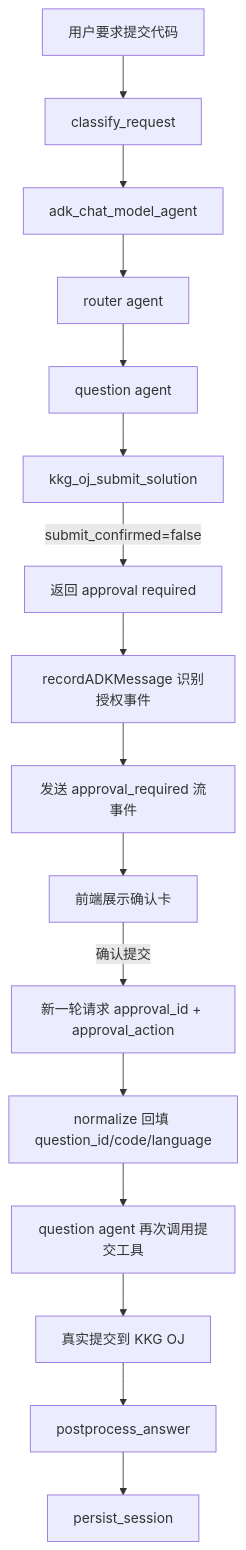
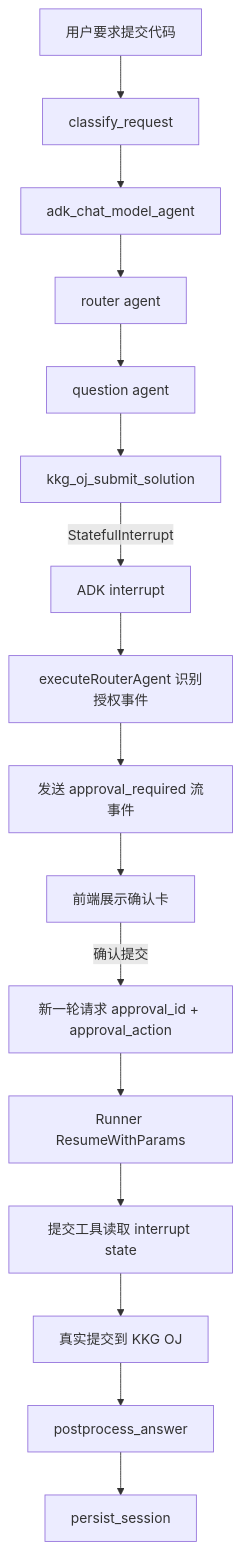
Before and after one commit to xinyuan-js/kkg-agent-eino: the third of 4 diagrams in README.md, drawn with Mermaid. The commit also changed other lines of this file and 19 other files, not shown here.

````diff
--- a/README.md
+++ b/README.md
@@ -105,18 +105,18 @@
 ```mermaid
 flowchart TD
     A[用户要求提交代码] --> B[classify_request]
     B --> C[adk_chat_model_agent]
     C --> D[router agent]
     D --> E[question agent]
     E --> F[kkg_oj_submit_solution]
-    F -->|submit_confirmed=false| G[返回 approval required]
-    G --> H[recordADKMessage 识别授权事件]
+    F -->|StatefulInterrupt| G[ADK interrupt]
+    G --> H[executeRouterAgent 识别授权事件]
     H --> I[发送 approval_required 流事件]
     I --> J[前端展示确认卡]
     J -->|确认提交| K[新一轮请求 approval_id + approval_action]
-    K --> L[normalize 回填 question_id/code/language]
-    L --> M[question agent 再次调用提交工具]
+    K --> L[Runner ResumeWithParams]
+    L --> M[提交工具读取 interrupt state]
     M --> N[真实提交到 KKG OJ]
     N --> O[postprocess_answer]
     O --> P[persist_session]
 ```
````
